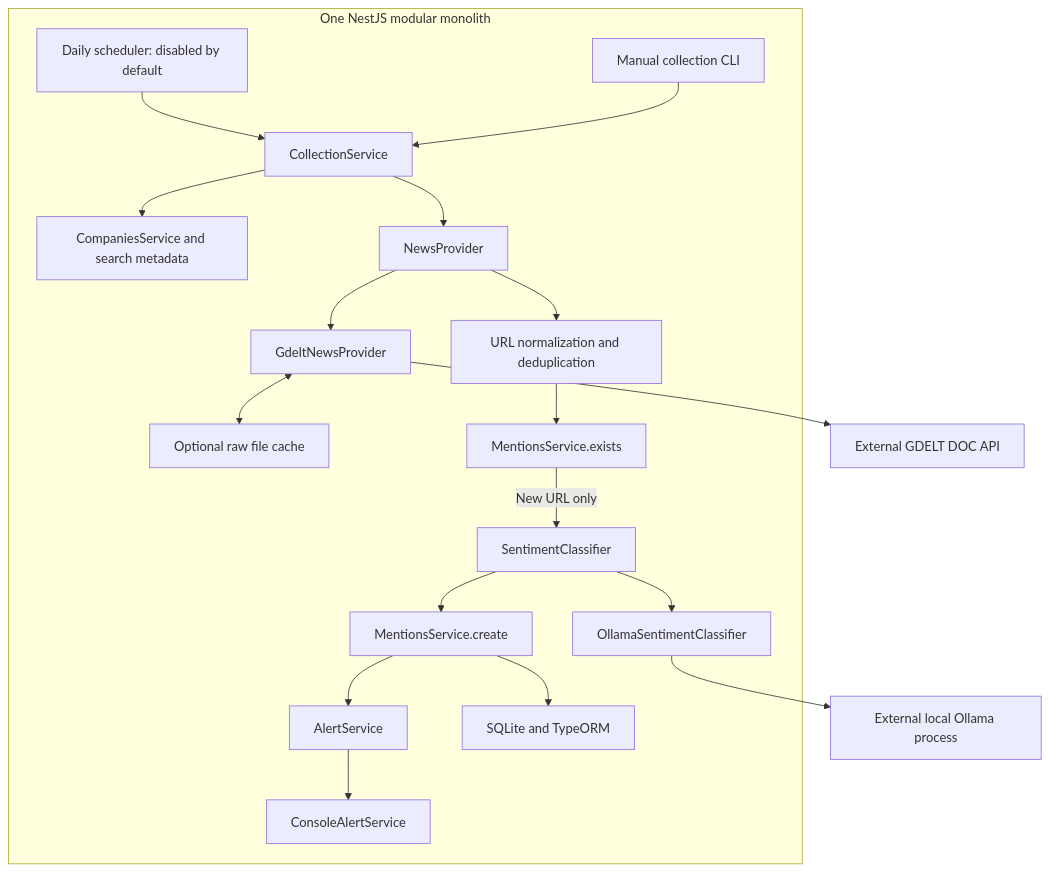
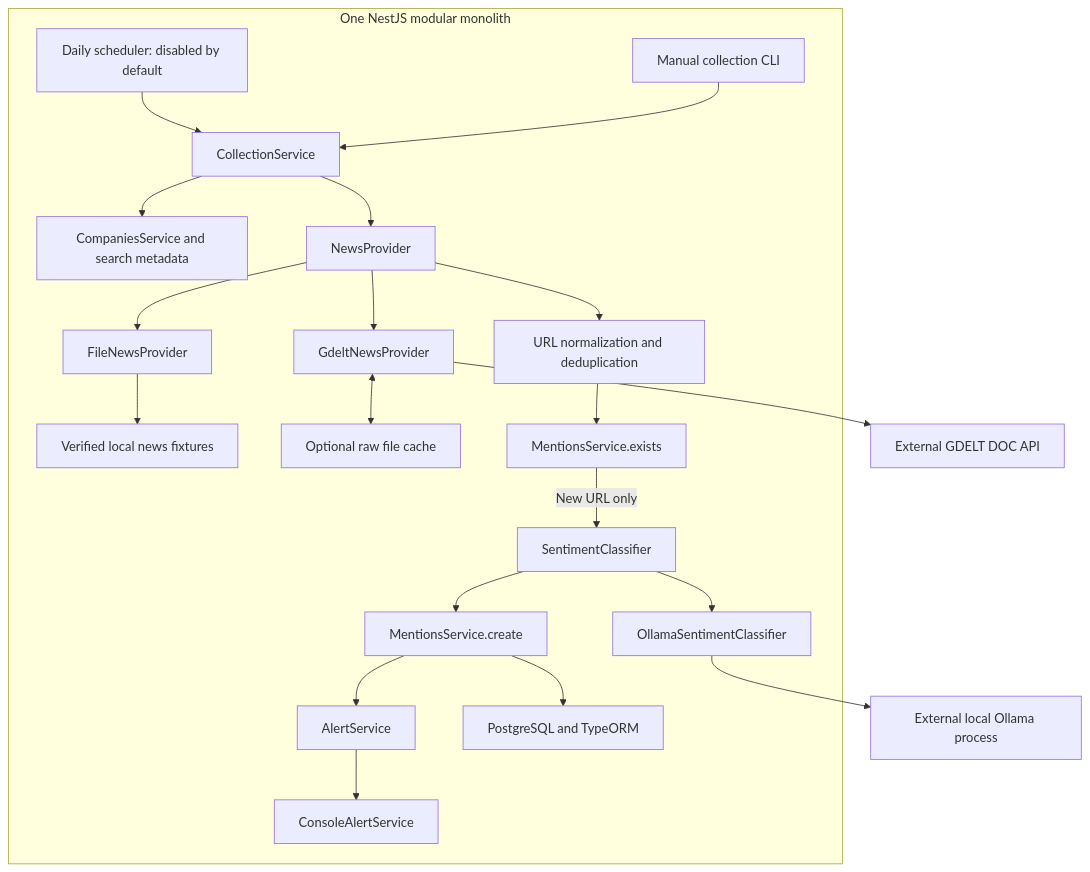
One commit to HenFaibishProjects/ourcrowd-press-monitor changed the first of 3 diagrams in docs/ARCHITECTURE.md. Above: the diagram before and after it, drawn with Mermaid. The commit also changed other lines of this file and 7 other files, not shown here.

````diff
--- a/docs/ARCHITECTURE.md
+++ b/docs/ARCHITECTURE.md
@@ -62,21 +62,23 @@
 ```mermaid
 flowchart TD
     subgraph App["One NestJS modular monolith"]
         Scheduler["Daily scheduler: disabled by default"] --> Collection[CollectionService]
         CLI["Manual collection CLI"] --> Collection
         Collection --> Companies["CompaniesService and search metadata"]
         Collection --> News[NewsProvider]
+        News --> File[FileNewsProvider]
+        File --> Fixtures["Verified local news fixtures"]
         News --> Gdelt[GdeltNewsProvider]
         Gdelt <--> Cache["Optional raw file cache"]
         News --> Dedup["URL normalization and deduplication"]
         Dedup --> Exists["MentionsService.exists"]
         Exists -->|New URL only| Classifier[SentimentClassifier]
         Classifier --> OllamaAdapter[OllamaSentimentClassifier]
         Classifier --> Persist["MentionsService.create"]
         Persist --> Alerts[AlertService]
         Alerts --> Console[ConsoleAlertService]
-        Persist --> SQLite["SQLite and TypeORM"]
+        Persist --> Postgres["PostgreSQL and TypeORM"]
     end
     Gdelt --> GDELT["External GDELT DOC API"]
     OllamaAdapter --> Ollama["External local Ollama process"]
 ```
````
